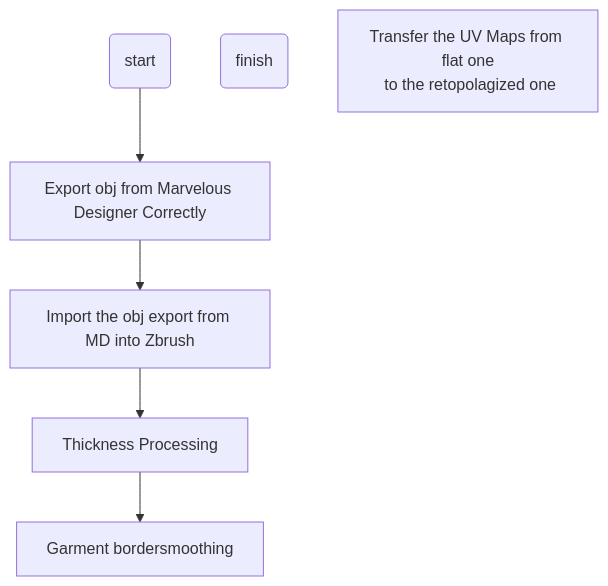
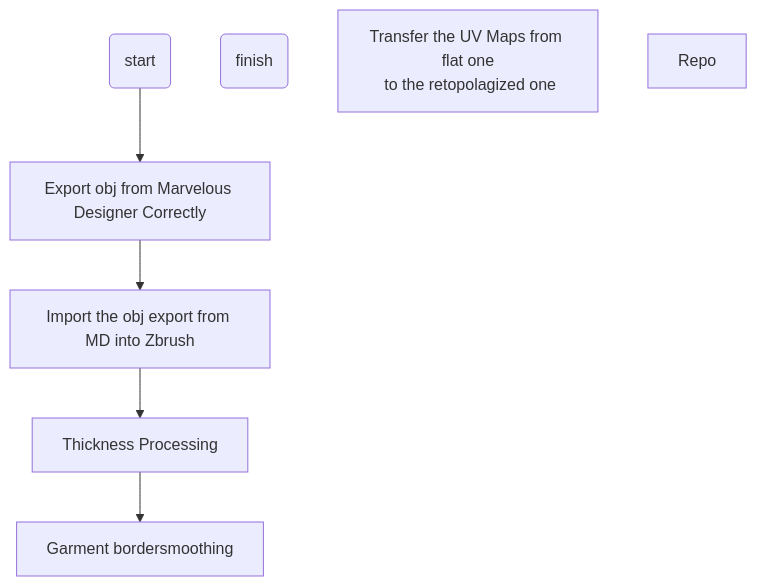
The diagram in Zbrush.md (Navix647/Unreal_World), drawn with Mermaid before and after one commit. The commit also changed other lines of this file, not shown here.

````diff
--- a/Zbrush.md
+++ b/Zbrush.md
@@ -4,14 +4,14 @@
 ```mermaid
 flowchart
 	st(start)
 	mdexport[Export obj from Marvelous Designer Correctly]
 	zbimport[Import the obj export from MD into Zbrush]
 	ed(finish)
 	uvtransfer[Transfer the UV Maps from flat one\n to the retopolagized one]
 	thickness[Thickness Processing]
 	bordersmooth[Garment bordersmoothing]
 	st-->mdexport-->zbimport-->thickness-->bordersmooth
 	
 
-
+Repo
 ```
````
